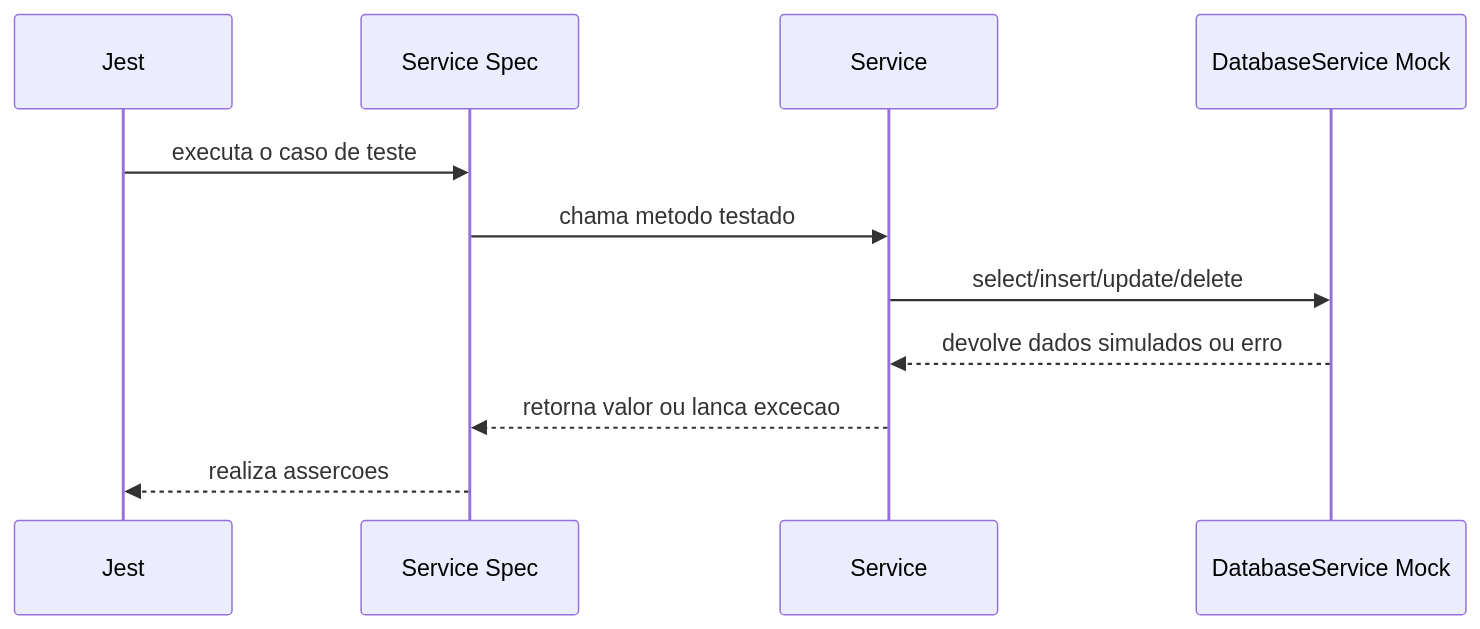
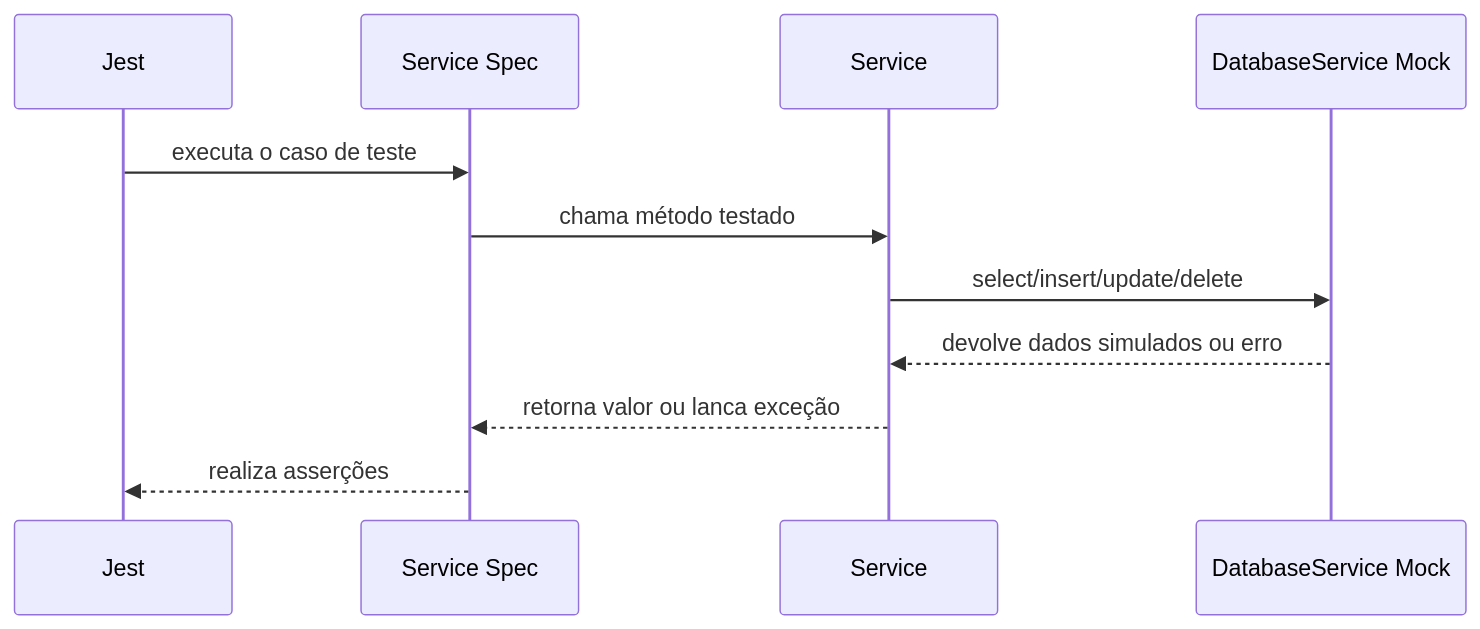
The second of 2 diagrams in README.md (arleysouza/tpII-2026-1-testes-unitarios-nestjs), drawn with Mermaid before and after one commit. The commit also changed other lines of this file and 6 other files, not shown here.

````diff
--- a/README.md
+++ b/README.md
@@ -157,14 +157,14 @@
 ```mermaid
 sequenceDiagram
   participant Jest
   participant Spec as Service Spec
   participant Service
   participant MockDB as DatabaseService Mock
 
   Jest->>Spec: executa o caso de teste
-  Spec->>Service: chama metodo testado
+  Spec->>Service: chama método testado
   Service->>MockDB: select/insert/update/delete
   MockDB-->>Service: devolve dados simulados ou erro
-  Service-->>Spec: retorna valor ou lanca excecao
-  Spec-->>Jest: realiza assercoes
+  Service-->>Spec: retorna valor ou lanca exceção
+  Spec-->>Jest: realiza asserções
 ```
````
